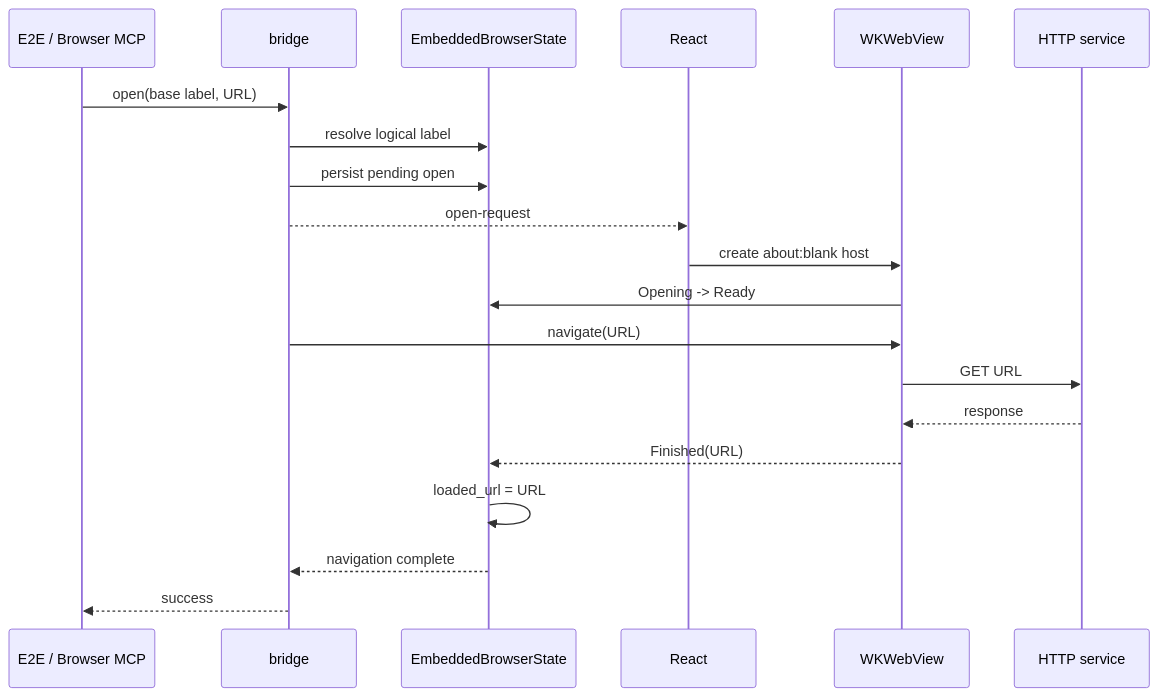
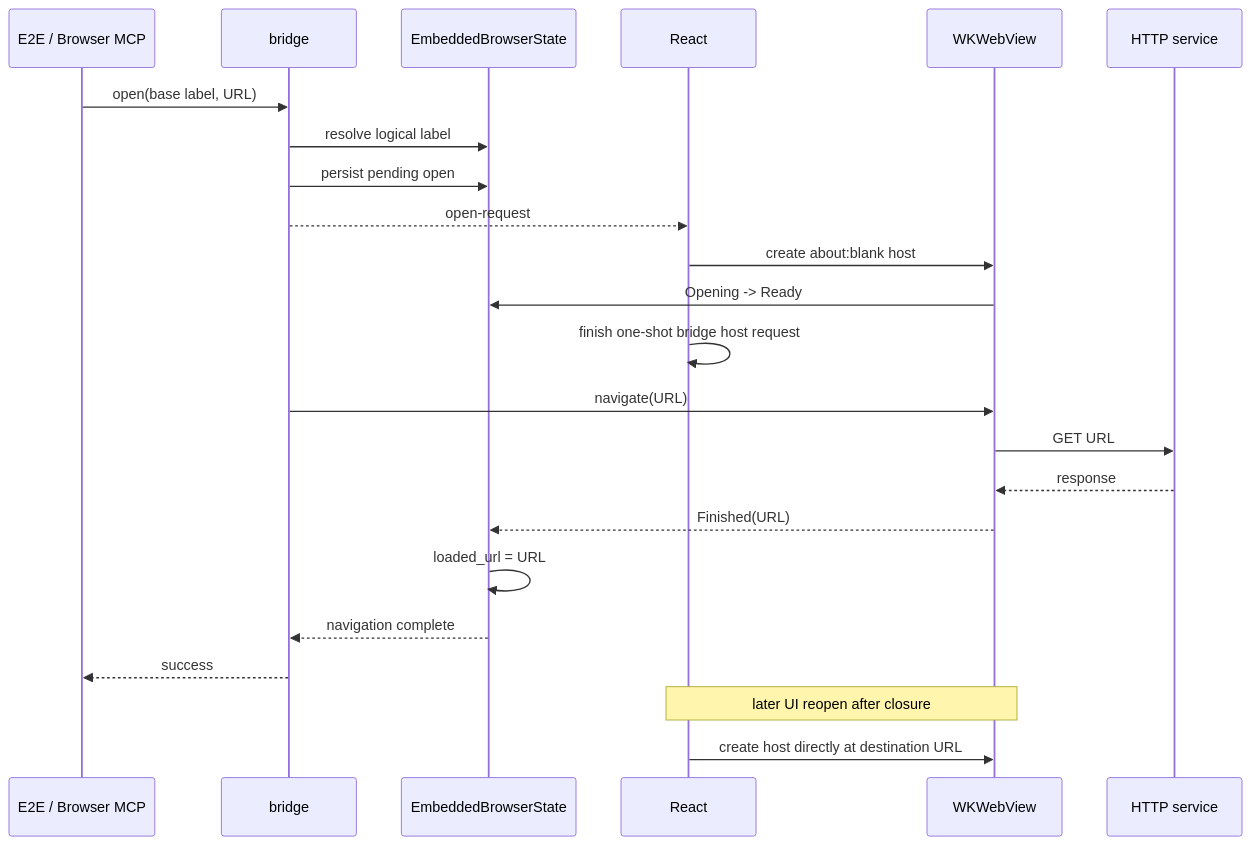
One commit to wecode-ai/Wegent changed the second of 2 diagrams in docs/en/architecture/embedded-browser.md. Above: the diagram before and after it, drawn with Mermaid. The commit also changed other lines of this file and 3 other files, not shown here.

Commit message:
fix(wework): finish bridge open ownership after host creation

````diff
--- a/docs/en/architecture/embedded-browser.md
+++ b/docs/en/architecture/embedded-browser.md
@@ -28,23 +28,27 @@
 ```mermaid
 sequenceDiagram
     participant C as E2E / Browser MCP
     participant B as bridge
     participant S as EmbeddedBrowserState
     participant R as React
     participant W as WKWebView
     participant H as HTTP service
 
     C->>B: open(base label, URL)
     B->>S: resolve logical label
     B->>S: persist pending open
     B-->>R: open-request
     R->>W: create about:blank host
     W->>S: Opening -> Ready
+    R->>R: finish one-shot bridge host request
     B->>W: navigate(URL)
     W->>H: GET URL
     H-->>W: response
     W-->>S: Finished(URL)
     S->>S: loaded_url = URL
     S-->>B: navigation complete
     B-->>C: success
+
+    Note over R,W: later UI reopen after closure
+    R->>W: create host directly at destination URL
 ```
````
